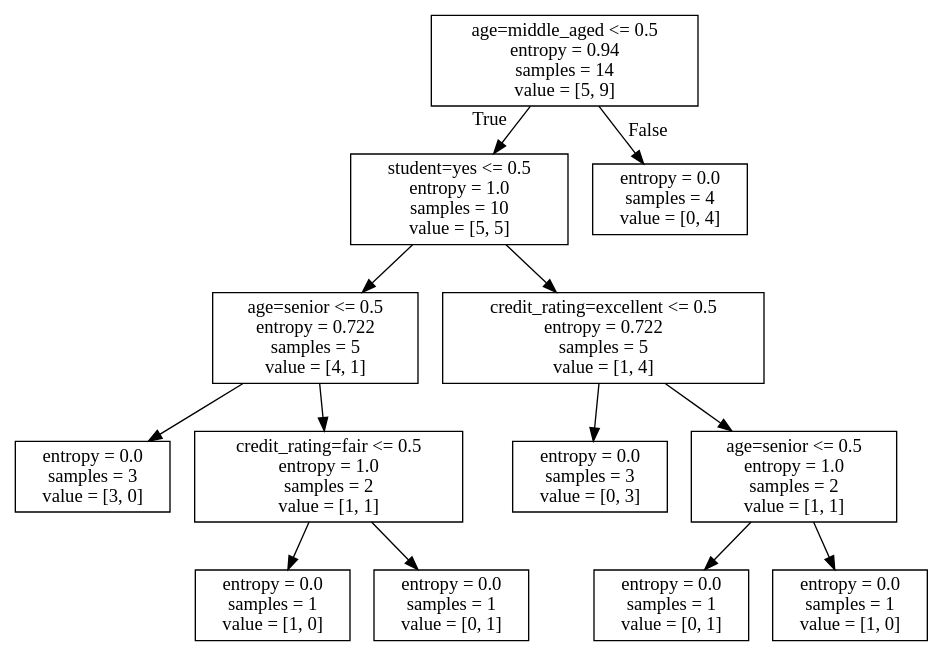
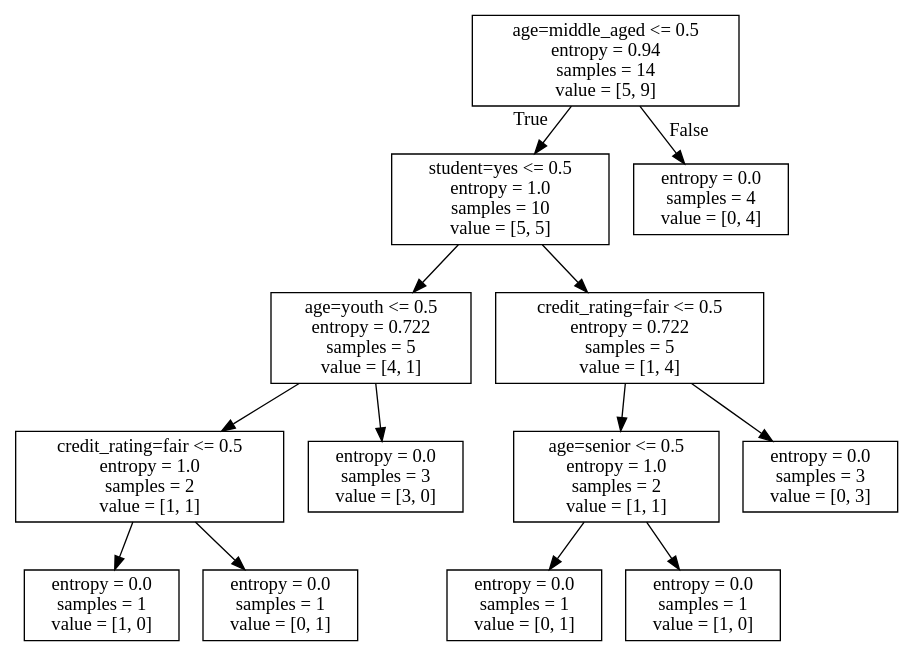
The diagram in DecisionTree/allElectronicInformationGainOri.dot (Ja0ck5/DeepLearningDemo), drawn with Graphviz before and after one commit. The commit also changed 1 other file, not shown here.

```diff
--- a/DecisionTree/allElectronicInformationGainOri.dot
+++ b/DecisionTree/allElectronicInformationGainOri.dot
@@ -1,28 +1,28 @@
 digraph Tree {
 node [shape=box] ;
 0 [label="age=middle_aged <= 0.5\nentropy = 0.94\nsamples = 14\nvalue = [5, 9]"] ;
 1 [label="student=yes <= 0.5\nentropy = 1.0\nsamples = 10\nvalue = [5, 5]"] ;
 0 -> 1 [labeldistance=2.5, labelangle=45, headlabel="True"] ;
-2 [label="age=senior <= 0.5\nentropy = 0.722\nsamples = 5\nvalue = [4, 1]"] ;
+2 [label="age=youth <= 0.5\nentropy = 0.722\nsamples = 5\nvalue = [4, 1]"] ;
 1 -> 2 ;
-3 [label="entropy = 0.0\nsamples = 3\nvalue = [3, 0]"] ;
+3 [label="credit_rating=fair <= 0.5\nentropy = 1.0\nsamples = 2\nvalue = [1, 1]"] ;
 2 -> 3 ;
-4 [label="credit_rating=fair <= 0.5\nentropy = 1.0\nsamples = 2\nvalue = [1, 1]"] ;
-2 -> 4 ;
-5 [label="entropy = 0.0\nsamples = 1\nvalue = [1, 0]"] ;
-4 -> 5 ;
-6 [label="entropy = 0.0\nsamples = 1\nvalue = [0, 1]"] ;
-4 -> 6 ;
-7 [label="credit_rating=excellent <= 0.5\nentropy = 0.722\nsamples = 5\nvalue = [1, 4]"] ;
+4 [label="entropy = 0.0\nsamples = 1\nvalue = [1, 0]"] ;
+3 -> 4 ;
+5 [label="entropy = 0.0\nsamples = 1\nvalue = [0, 1]"] ;
+3 -> 5 ;
+6 [label="entropy = 0.0\nsamples = 3\nvalue = [3, 0]"] ;
+2 -> 6 ;
+7 [label="credit_rating=fair <= 0.5\nentropy = 0.722\nsamples = 5\nvalue = [1, 4]"] ;
 1 -> 7 ;
-8 [label="entropy = 0.0\nsamples = 3\nvalue = [0, 3]"] ;
+8 [label="age=senior <= 0.5\nentropy = 1.0\nsamples = 2\nvalue = [1, 1]"] ;
 7 -> 8 ;
-9 [label="age=senior <= 0.5\nentropy = 1.0\nsamples = 2\nvalue = [1, 1]"] ;
-7 -> 9 ;
-10 [label="entropy = 0.0\nsamples = 1\nvalue = [0, 1]"] ;
-9 -> 10 ;
-11 [label="entropy = 0.0\nsamples = 1\nvalue = [1, 0]"] ;
-9 -> 11 ;
+9 [label="entropy = 0.0\nsamples = 1\nvalue = [0, 1]"] ;
+8 -> 9 ;
+10 [label="entropy = 0.0\nsamples = 1\nvalue = [1, 0]"] ;
+8 -> 10 ;
+11 [label="entropy = 0.0\nsamples = 3\nvalue = [0, 3]"] ;
+7 -> 11 ;
 12 [label="entropy = 0.0\nsamples = 4\nvalue = [0, 4]"] ;
 0 -> 12 [labeldistance=2.5, labelangle=-45, headlabel="False"] ;
 }
```
